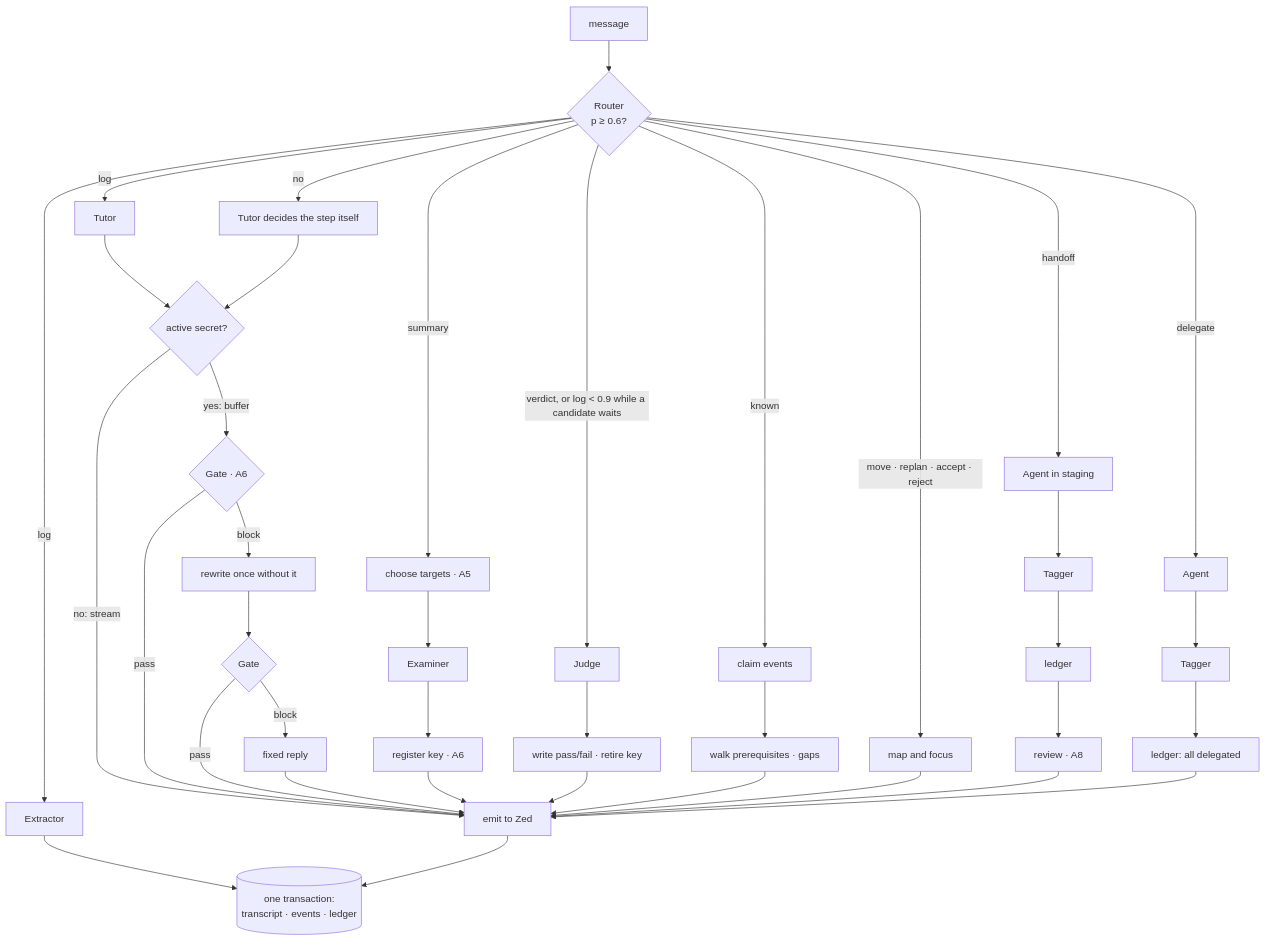
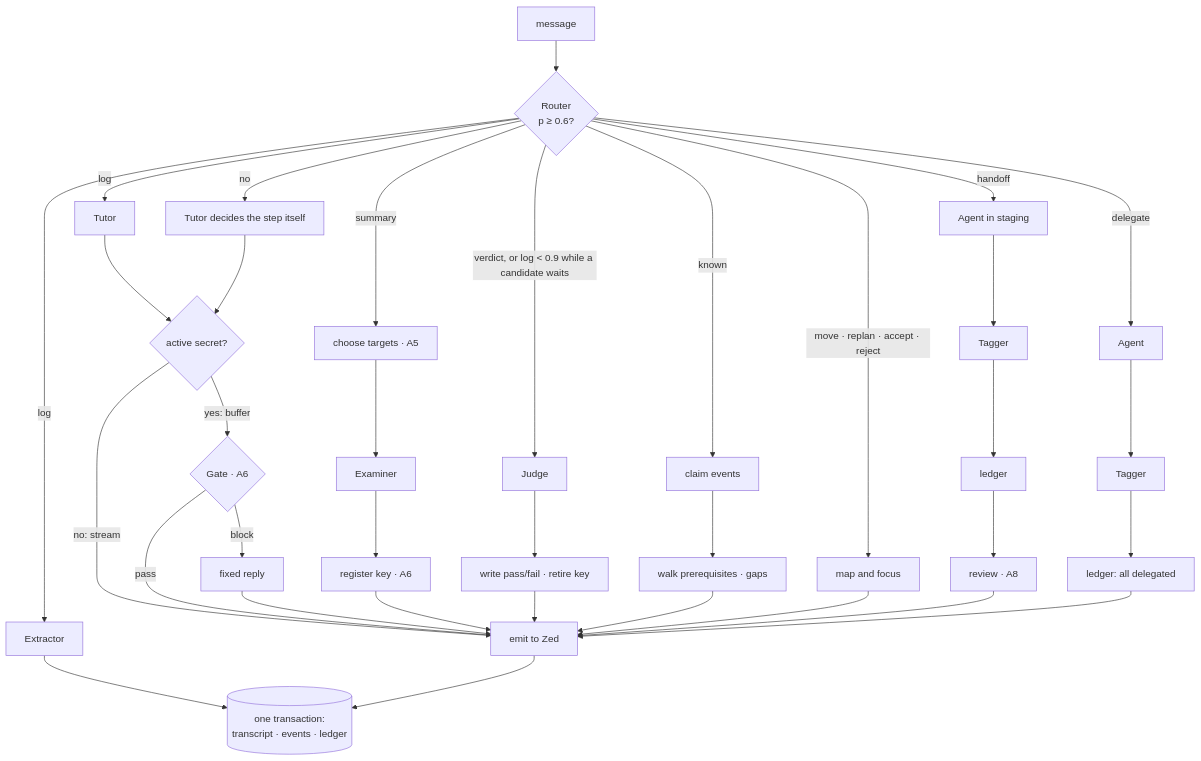
One commit to lprsrts/pathfinder changed the second of 13 diagrams in docs/theory.md. Above: the diagram before and after it, drawn with Mermaid. The commit also changed other lines of this file and 4 other files, not shown here.

````diff
--- a/docs/theory.md
+++ b/docs/theory.md
@@ -206,27 +206,26 @@
 ```mermaid
 flowchart TD
     M[message] --> R{Router<br/>p ≥ 0.6?}
     R -->|no| F[Tutor decides the step itself]
     R -->|log| X[Extractor] & T[Tutor]
     R -->|summary| S[choose targets · A5] --> E[Examiner] --> K[register key · A6]
     R -->|"verdict, or log < 0.9 while a candidate waits"| J[Judge] --> RT[write pass/fail · retire key]
     R -->|known| C[claim events] --> GP[walk prerequisites · gaps]
     R -->|move · replan · accept · reject| MV[map and focus]
     R -->|handoff| AH[Agent in staging] --> TH[Tagger] --> LH[ledger] --> RV[review · A8]
     R -->|delegate| AD[Agent] --> TD[Tagger] --> LD[ledger: all delegated]
     T --> AS{active secret?}
     AS -->|no: stream| OUT
     AS -->|yes: buffer| GT{Gate · A6}
     GT -->|pass| OUT
-    GT -->|block| RW[rewrite once without it] --> GT2{Gate} -->|pass| OUT
-    GT2 -->|block| FX[fixed reply] --> OUT
+    GT -->|block| FX[fixed reply] --> OUT
     X --> TX
     K --> OUT
     RT --> OUT
     GP --> OUT
     MV --> OUT
     RV --> OUT
     LD --> OUT
     F --> AS
     OUT[emit to Zed] --> TX[(one transaction:<br/>transcript · events · ledger)]
 ```
````
